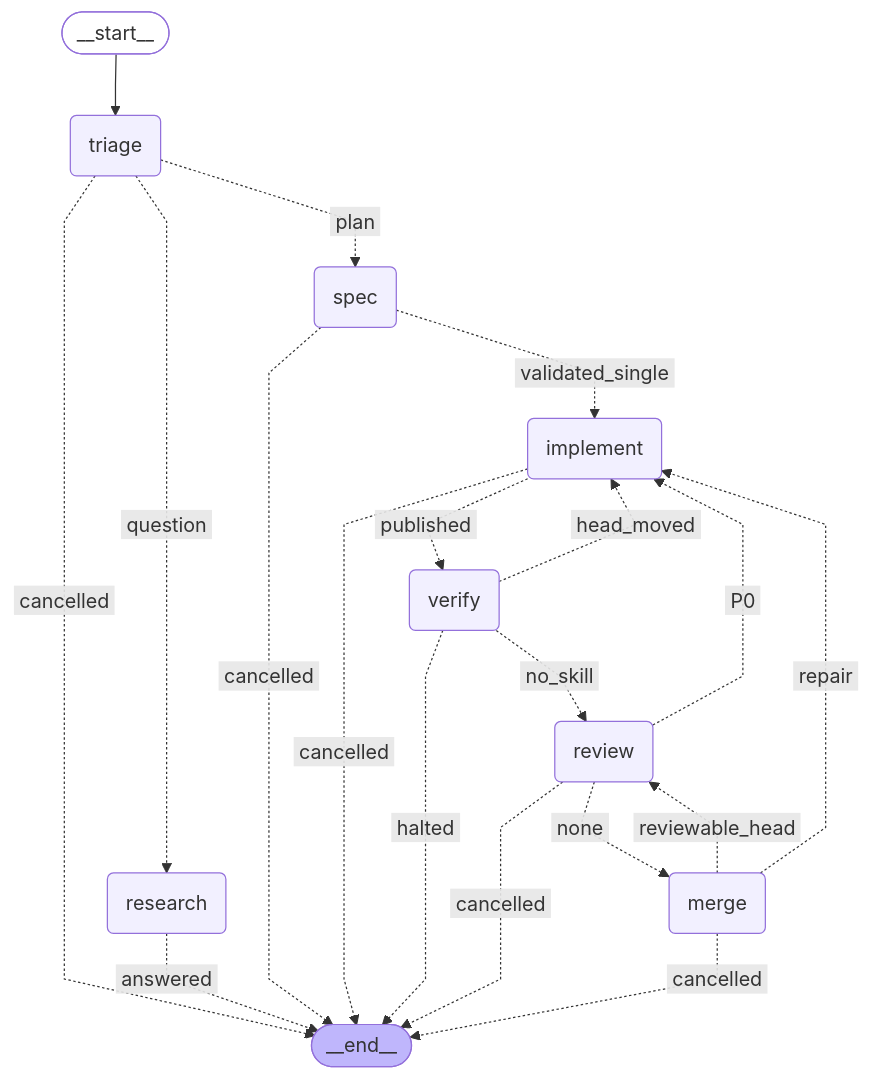
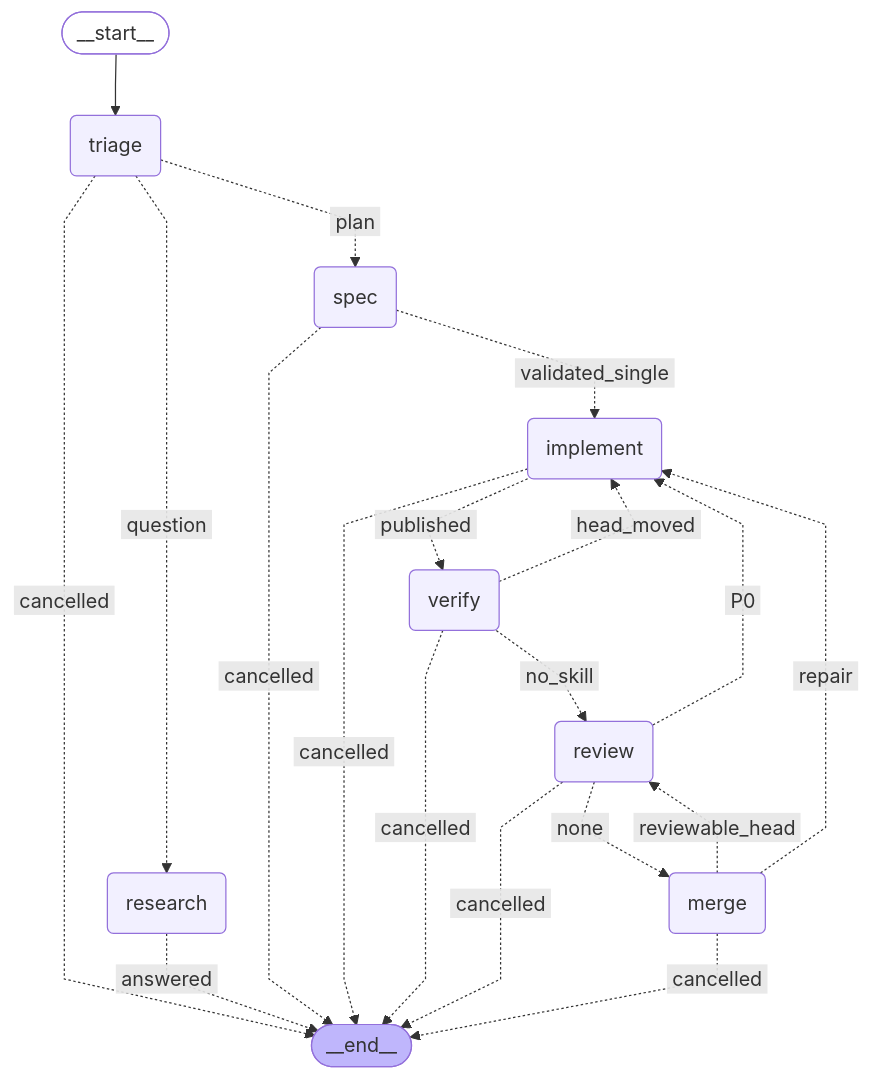
One commit to bookout-labs/tools changed the diagram in docs/graph/delivery.mmd. Above: the diagram before and after it, drawn with Mermaid. The commit also changed 26 other files, not shown here.

```diff
--- a/docs/graph/delivery.mmd
+++ b/docs/graph/delivery.mmd
@@ -1,36 +1,36 @@
 ---
 config:
   flowchart:
     curve: linear
 ---
 graph TD;
 	__start__([<p>__start__</p>]):::first
 	triage(triage)
 	research(research)
 	spec(spec)
 	implement(implement)
 	verify(verify)
 	review(review)
 	merge(merge)
 	__end__([<p>__end__</p>]):::last
 	__start__ --> triage;
 	implement -. &nbsp;cancelled&nbsp; .-> __end__;
 	implement -. &nbsp;published&nbsp; .-> verify;
 	merge -. &nbsp;cancelled&nbsp; .-> __end__;
 	merge -. &nbsp;repair&nbsp; .-> implement;
 	merge -. &nbsp;reviewable_head&nbsp; .-> review;
 	research -. &nbsp;answered&nbsp; .-> __end__;
 	review -. &nbsp;cancelled&nbsp; .-> __end__;
 	review -. &nbsp;P0&nbsp; .-> implement;
 	review -. &nbsp;none&nbsp; .-> merge;
 	spec -. &nbsp;cancelled&nbsp; .-> __end__;
 	spec -. &nbsp;validated_single&nbsp; .-> implement;
 	triage -. &nbsp;cancelled&nbsp; .-> __end__;
 	triage -. &nbsp;question&nbsp; .-> research;
 	triage -. &nbsp;plan&nbsp; .-> spec;
-	verify -. &nbsp;halted&nbsp; .-> __end__;
+	verify -. &nbsp;cancelled&nbsp; .-> __end__;
 	verify -. &nbsp;head_moved&nbsp; .-> implement;
 	verify -. &nbsp;no_skill&nbsp; .-> review;
 	classDef default fill:#f2f0ff,line-height:1.2
 	classDef first fill-opacity:0
 	classDef last fill:#bfb6fc
```
